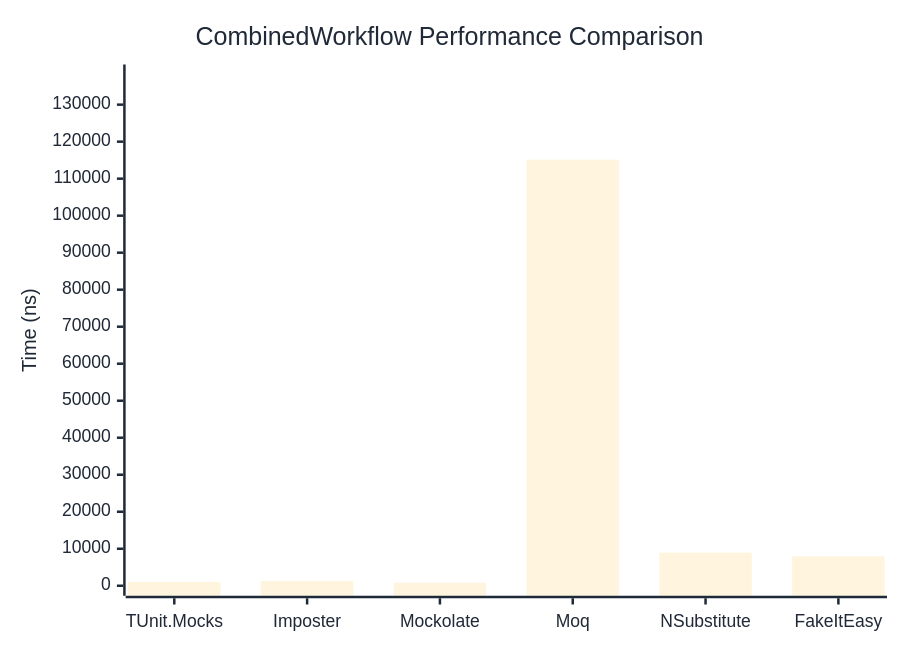
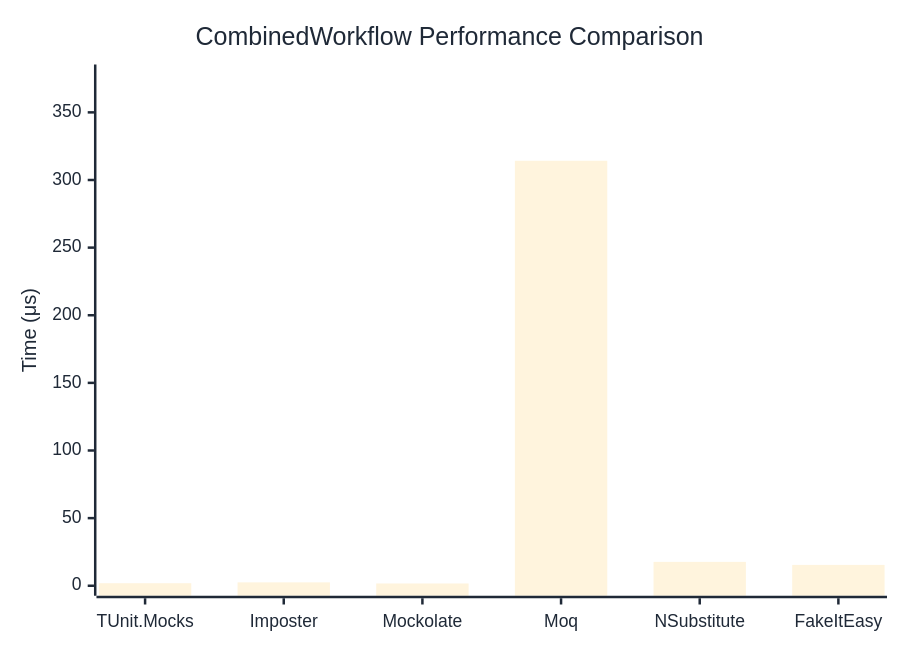
The diagram in docs/docs/benchmarks/mocks/CombinedWorkflow.md (thomhurst/TUnit), drawn with Mermaid before and after one commit. The commit also changed other lines of this file and 14 other files, not shown here.

````diff
--- a/docs/docs/benchmarks/mocks/CombinedWorkflow.md
+++ b/docs/docs/benchmarks/mocks/CombinedWorkflow.md
@@ -30,27 +30,27 @@
 ```mermaid
 %%{init: {
   'theme':'base',
   'themeVariables': {
     'primaryColor': '#2563eb',
     'primaryTextColor': '#1f2937',
     'primaryBorderColor': '#1e40af',
     'lineColor': '#6b7280',
     'secondaryColor': '#7c3aed',
     'tertiaryColor': '#dc2626',
     'background': '#ffffff',
     'pie1': '#2563eb',
     'pie2': '#7c3aed',
     'pie3': '#dc2626',
     'pie4': '#f59e0b',
     'pie5': '#10b981',
     'pie6': '#06b6d4',
     'pie7': '#ec4899',
     'pie8': '#6366f1'
   }
 }}%%
 xychart-beta
   title "CombinedWorkflow Performance Comparison"
   x-axis ["TUnit.Mocks", "Imposter", "Mockolate", "Moq", "NSubstitute", "FakeItEasy"]
-  y-axis "Time (ns)" 0 --> 138147
-  bar [1030.9, 1300.3, 844.6, 115121.8, 8958.3, 7934.2]
+  y-axis "Time (μs)" 0 --> 378
+  bar [1.879, 2.505, 1.688, 314.216, 17.645, 15.404]
 ```
````
